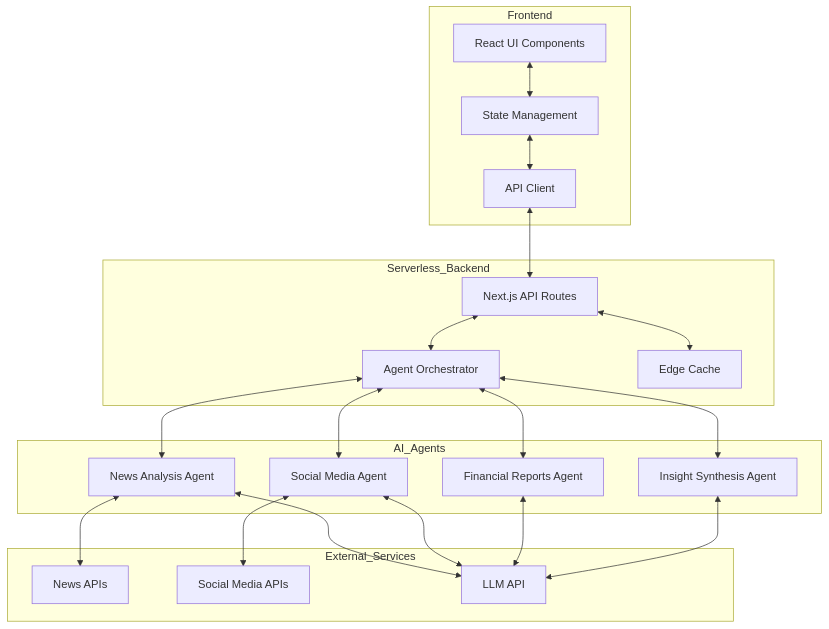
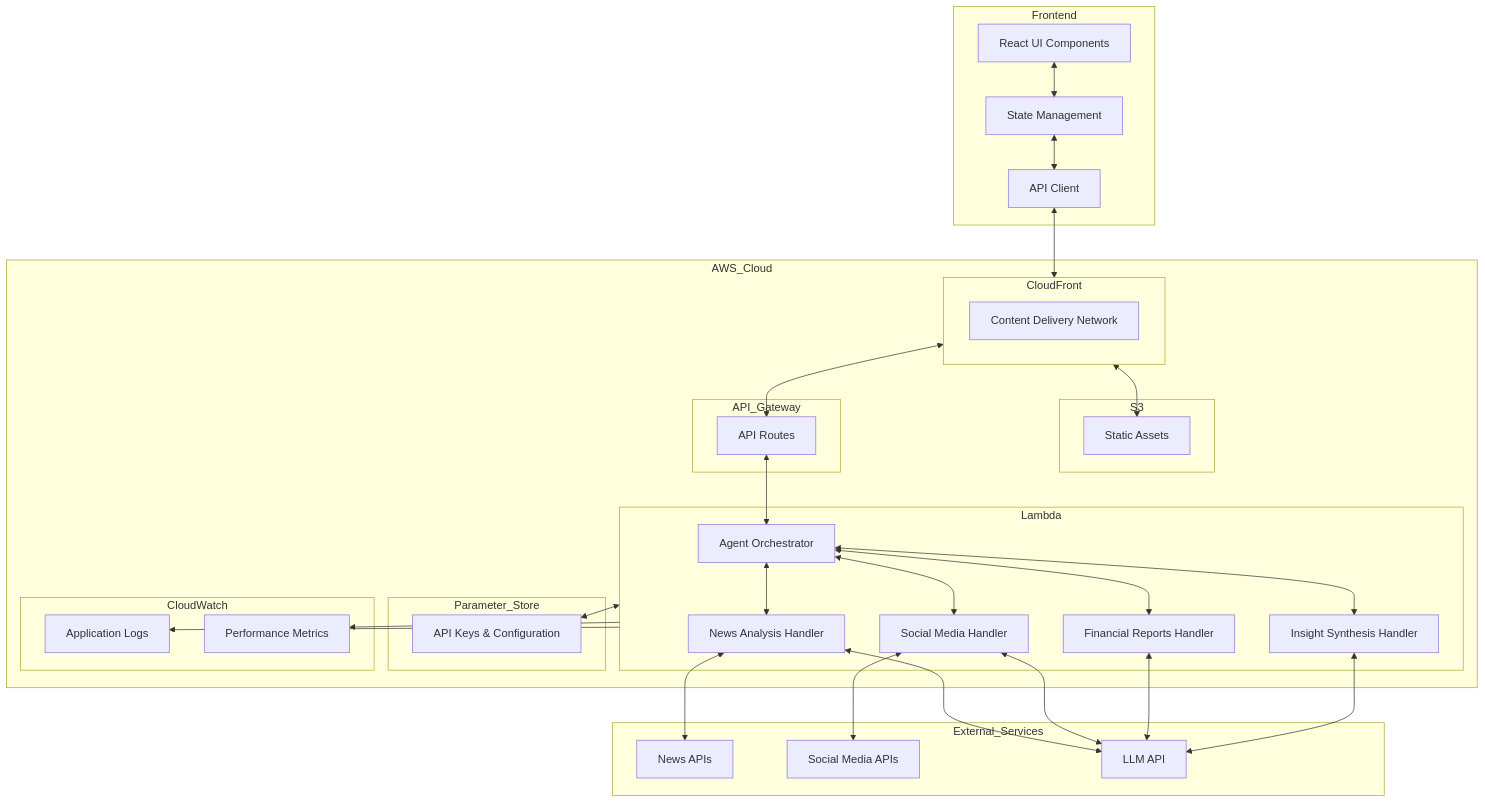
One commit to liamzdenek/hiive-application changed the first of 4 diagrams in memory-bank/systemPatterns.md. Above: the diagram before and after it, drawn with Mermaid. The commit also changed other lines of this file and 5 other files, not shown here.

````diff
--- a/memory-bank/systemPatterns.md
+++ b/memory-bank/systemPatterns.md
@@ -7,43 +7,65 @@
 ```mermaid
 flowchart TD
     subgraph Frontend
         UI[React UI Components]
         State[State Management]
         API[API Client]
     end
     
-    subgraph Serverless_Backend
-        APIRoutes[Next.js API Routes]
-        AgentOrchestrator[Agent Orchestrator]
-        Cache[Edge Cache]
-    end
-    
-    subgraph AI_Agents
-        NewsAgent[News Analysis Agent]
-        SocialAgent[Social Media Agent]
-        FinanceAgent[Financial Reports Agent]
-        SynthesisAgent[Insight Synthesis Agent]
+    subgraph AWS_Cloud
+        subgraph CloudFront
+            CDN[Content Delivery Network]
+        end
+        
+        subgraph S3
+            StaticAssets[Static Assets]
+        end
+        
+        subgraph API_Gateway
+            APIRoutes[API Routes]
+        end
+        
+        subgraph Lambda
+            AgentOrchestrator[Agent Orchestrator]
+            NewsHandler[News Analysis Handler]
+            SocialHandler[Social Media Handler]
+            FinanceHandler[Financial Reports Handler]
+            SynthesisHandler[Insight Synthesis Handler]
+        end
+        
+        subgraph Parameter_Store
+            Secrets[API Keys & Configuration]
+        end
+        
+        subgraph CloudWatch
+            Logs[Application Logs]
+            Metrics[Performance Metrics]
+        end
     end
     
     subgraph External_Services
         NewsAPI[News APIs]
         SocialAPI[Social Media APIs]
         LLMAPI[LLM API]
     end
     
     UI <--> State
     State <--> API
-    API <--> APIRoutes
+    API <--> CloudFront
+    CloudFront <--> StaticAssets
+    CloudFront <--> APIRoutes
     APIRoutes <--> AgentOrchestrator
-    APIRoutes <--> Cache
-    AgentOrchestrator <--> NewsAgent
-    AgentOrchestrator <--> SocialAgent
-    AgentOrchestrator <--> FinanceAgent
-    AgentOrchestrator <--> SynthesisAgent
-    NewsAgent <--> LLMAPI
-    SocialAgent <--> LLMAPI
-    FinanceAgent <--> LLMAPI
-    SynthesisAgent <--> LLMAPI
-    NewsAgent <--> NewsAPI
-    SocialAgent <--> SocialAPI
+    AgentOrchestrator <--> NewsHandler
+    AgentOrchestrator <--> SocialHandler
+    AgentOrchestrator <--> FinanceHandler
+    AgentOrchestrator <--> SynthesisHandler
+    NewsHandler <--> LLMAPI
+    SocialHandler <--> LLMAPI
+    FinanceHandler <--> LLMAPI
+    SynthesisHandler <--> LLMAPI
+    NewsHandler <--> NewsAPI
+    SocialHandler <--> SocialAPI
+    Lambda <--> Secrets
+    Lambda --> Logs
+    Lambda --> Metrics
 ```
````
